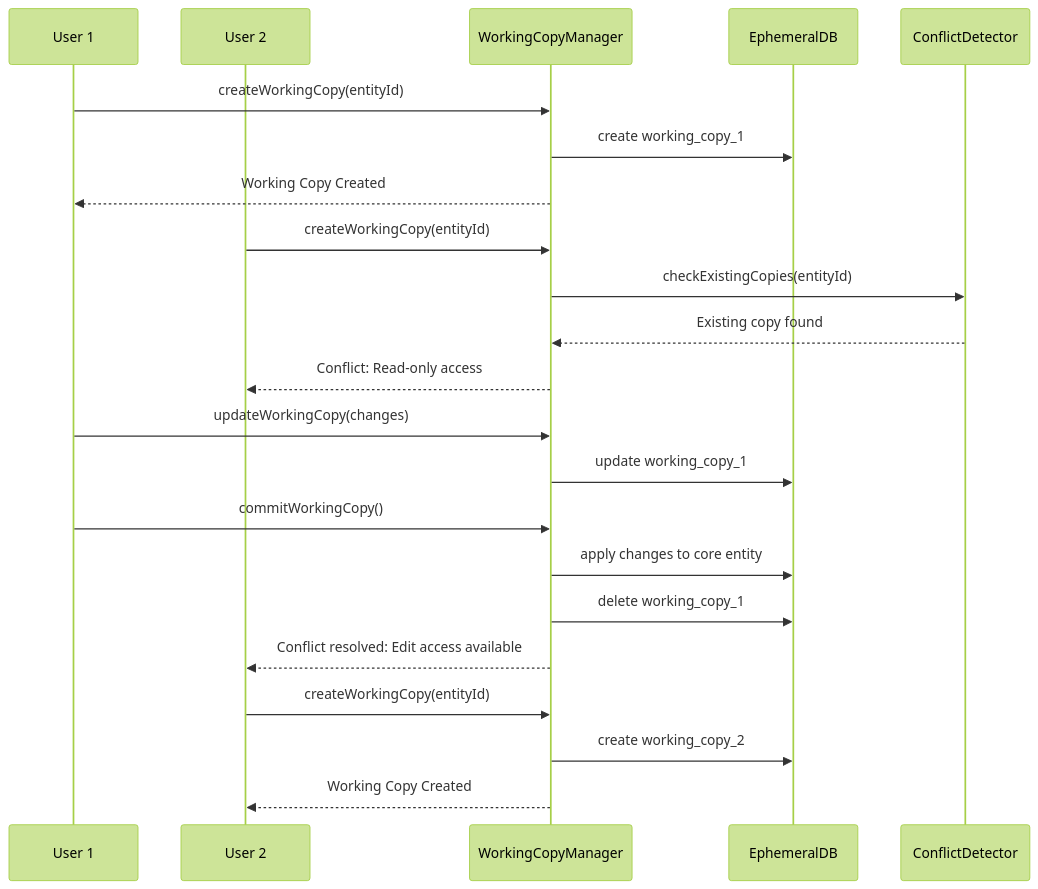
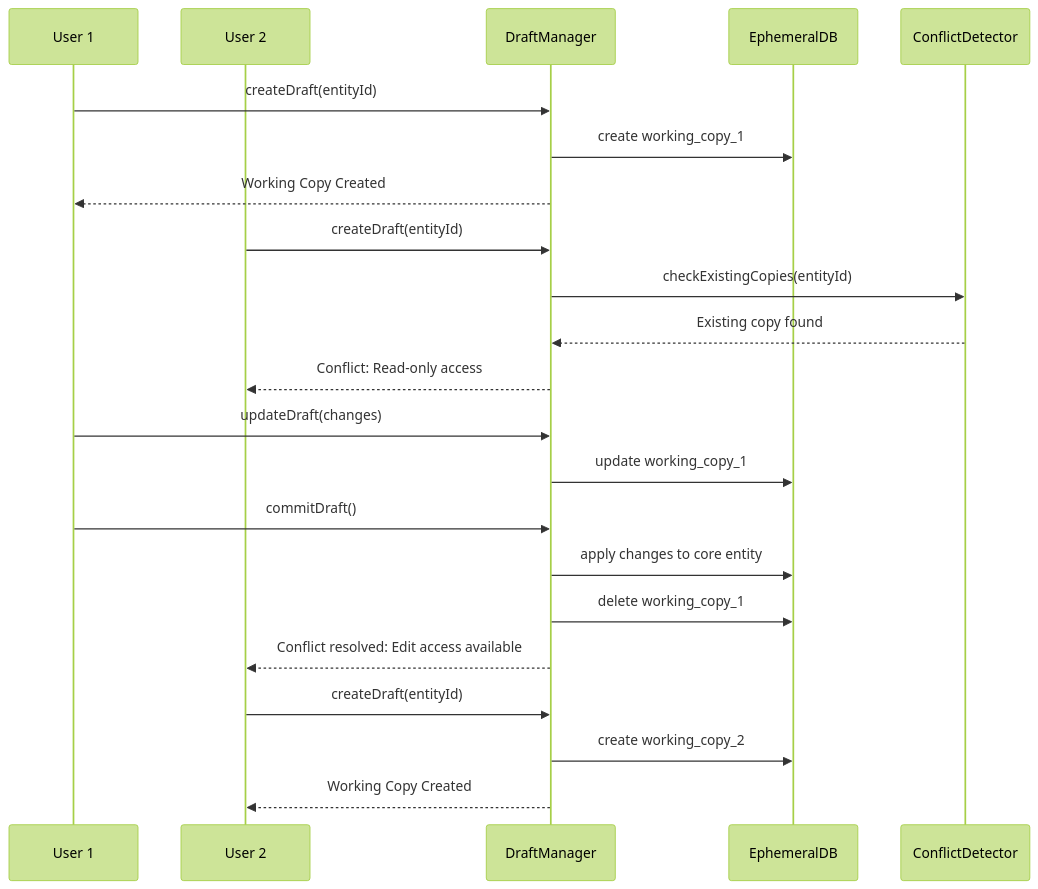
Diagram 11 of 12 in docs/design/plugin-shapes/dataflow.md (kubohiroya/hierarchidb), drawn with Mermaid (forest theme) before and after one commit. The commit also changed 796 other files, not shown here.

````diff
--- a/docs/design/plugin-shapes/dataflow.md
+++ b/docs/design/plugin-shapes/dataflow.md
@@ -363,29 +363,29 @@
 ```mermaid
 sequenceDiagram
     participant U1 as User 1
     participant U2 as User 2
-    participant WM as WorkingCopyManager
+    participant WM as DraftManager
     participant DB as EphemeralDB
     participant CD as ConflictDetector
     
-    U1->>WM: createWorkingCopy(entityId)
+    U1->>WM: createDraft(entityId)
     WM->>DB: create working_copy_1
     WM-->>U1: Working Copy Created
     
-    U2->>WM: createWorkingCopy(entityId)
+    U2->>WM: createDraft(entityId)
     WM->>CD: checkExistingCopies(entityId)
     CD-->>WM: Existing copy found
     WM-->>U2: Conflict: Read-only access
     
-    U1->>WM: updateWorkingCopy(changes)
+    U1->>WM: updateDraft(changes)
     WM->>DB: update working_copy_1
     
-    U1->>WM: commitWorkingCopy()
+    U1->>WM: commitDraft()
     WM->>DB: apply changes to core entity
     WM->>DB: delete working_copy_1
     WM-->>U2: Conflict resolved: Edit access available
     
-    U2->>WM: createWorkingCopy(entityId)
+    U2->>WM: createDraft(entityId)
     WM->>DB: create working_copy_2
     WM-->>U2: Working Copy Created
 ```
````
